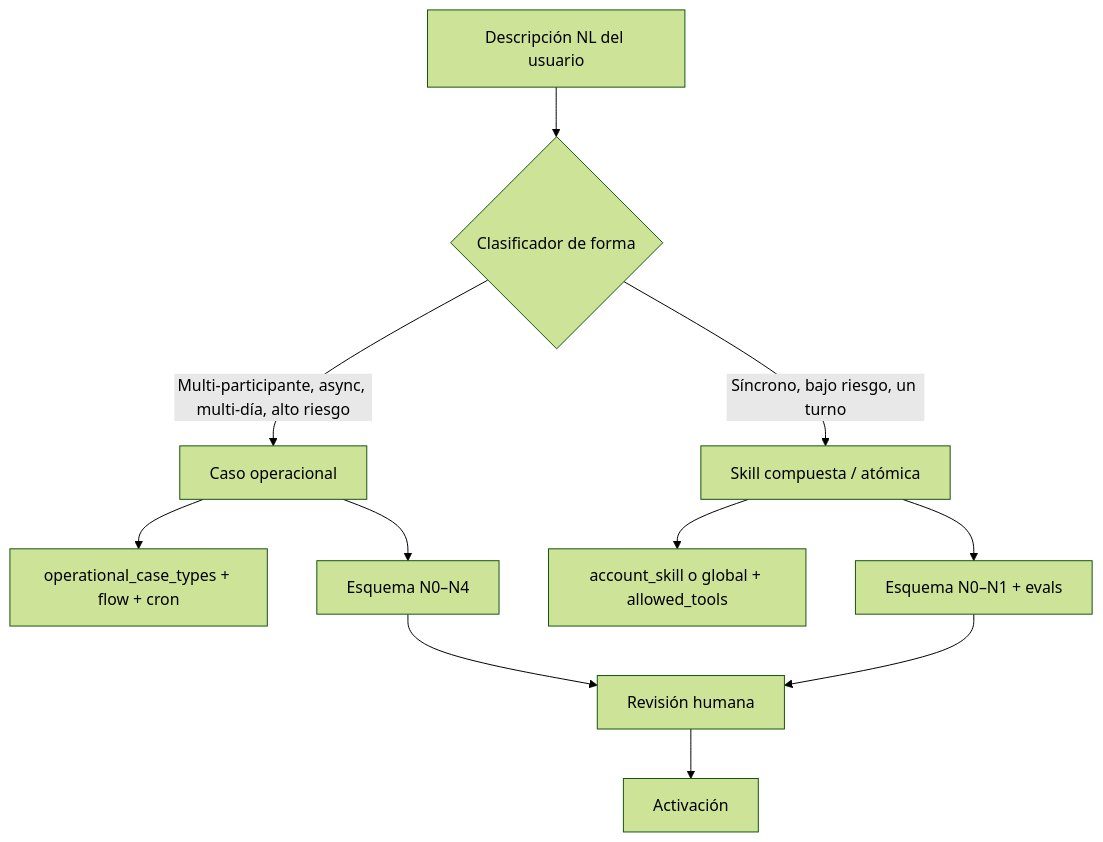
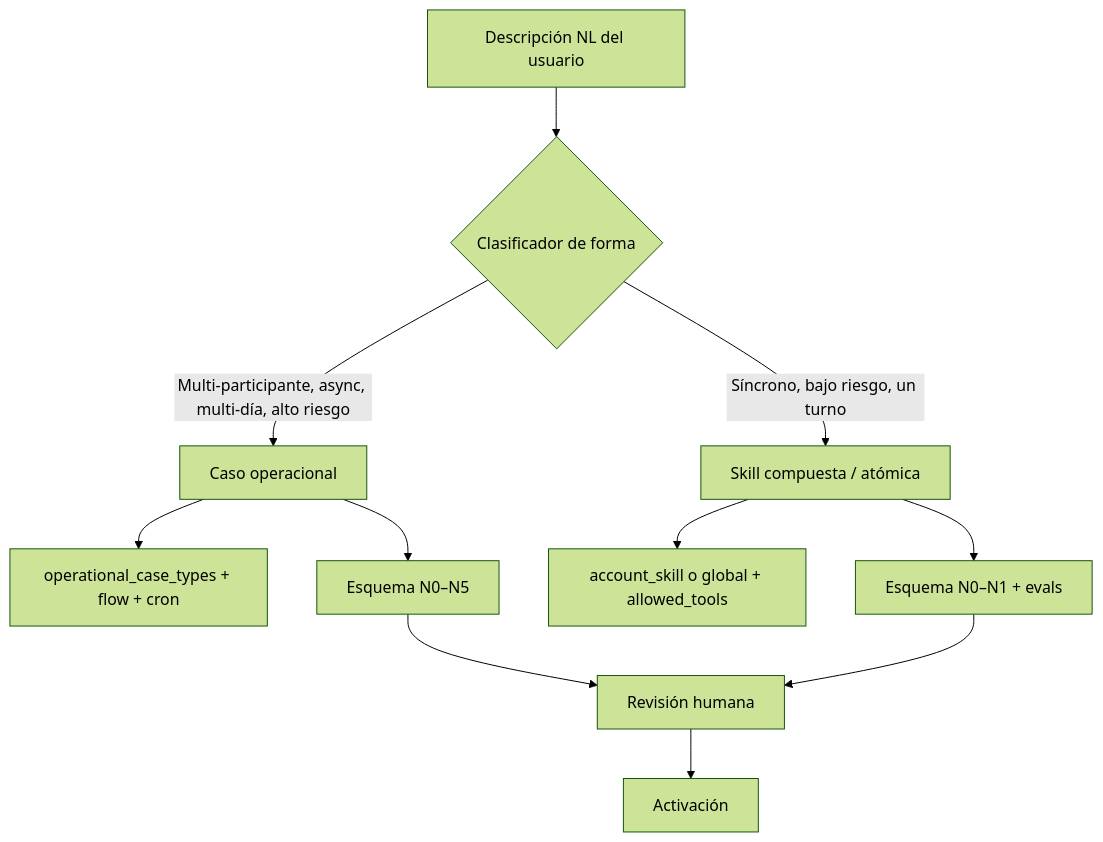
One commit to janotowers/10x-builders-agent changed the first of 2 diagrams in docs/operational-cases/use-case-authoring-vision.md. Above: the diagram before and after it, drawn with Mermaid (forest theme). The commit also changed other lines of this file and 12 other files, not shown here.

````diff
--- a/docs/operational-cases/use-case-authoring-vision.md
+++ b/docs/operational-cases/use-case-authoring-vision.md
@@ -46,13 +47,13 @@
 ```mermaid
 flowchart TD
   NL[Descripción NL del usuario] --> Q{Clasificador de forma}
   Q -->|Multi-participante, async, multi-día, alto riesgo| OC[Caso operacional]
   Q -->|Síncrono, bajo riesgo, un turno| SK[Skill compuesta / atómica]
   OC --> OCT[operational_case_types + flow + cron]
   SK --> SKT[account_skill o global + allowed_tools]
-  OC --> TST[Esquema N0–N4]
+  OC --> TST[Esquema N0–N5]
   SK --> TST2[Esquema N0–N1 + evals]
   TST --> REV[Revisión humana]
   TST2 --> REV
   REV --> ACT[Activación]
 ```
````
